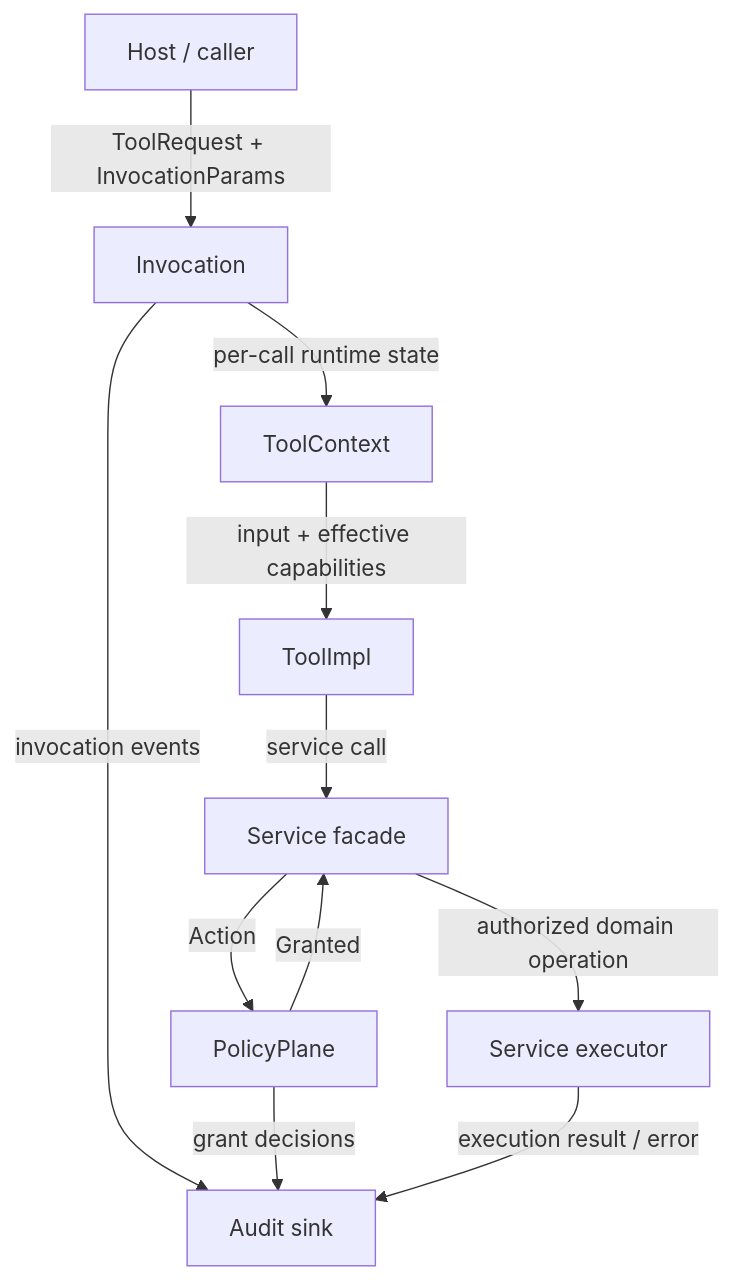
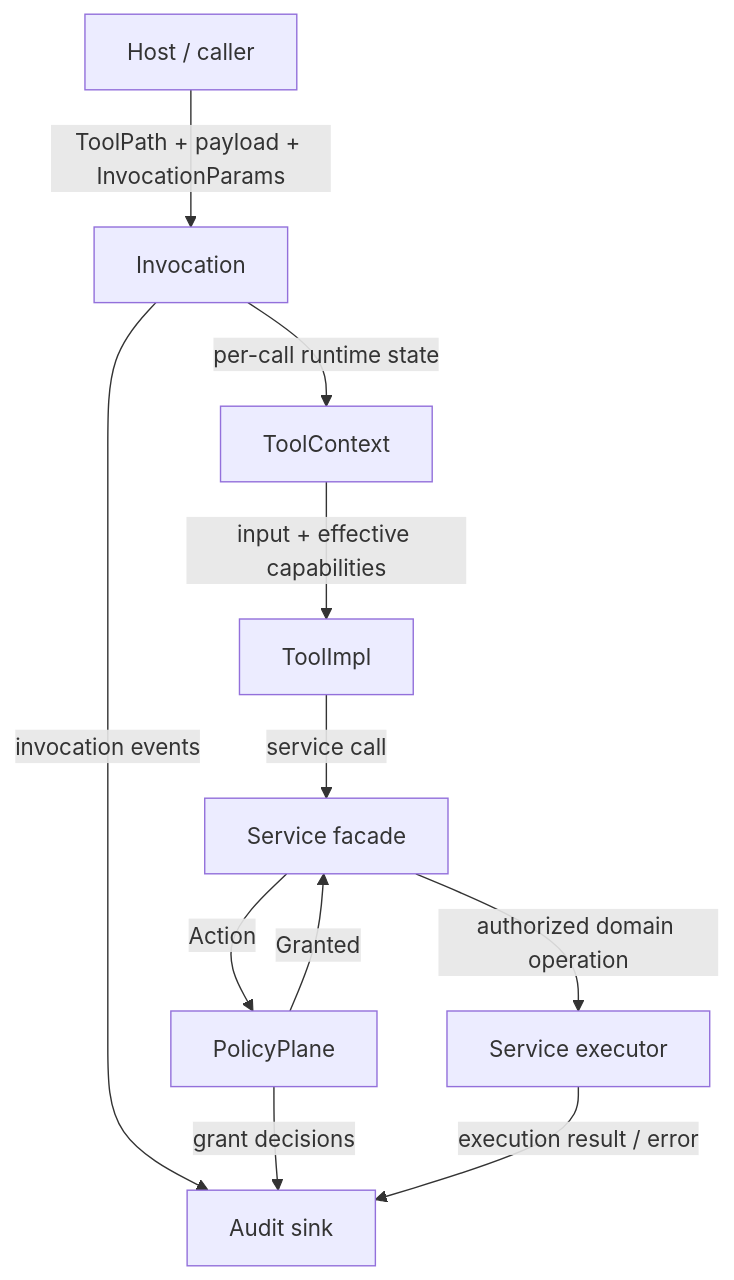
The diagram in README.md (InuDial/agent-mvp), drawn with Mermaid before and after one commit. The commit also changed other lines of this file and 15 other files, not shown here.

Commit message:
Discard ToolRequest

````diff
--- a/README.md
+++ b/README.md
@@ -31,13 +31,13 @@
 ```mermaid
 flowchart TD
-    Host[Host / caller] -->|ToolRequest + InvocationParams| Invocation[Invocation]
+    Host[Host / caller] -->|ToolPath + payload + InvocationParams| Invocation[Invocation]
     Invocation -->|per-call runtime state| Context[ToolContext]
     Context -->|input + effective capabilities| Tool[ToolImpl]
     Tool -->|service call| Service[Service facade]
     Service -->|Action| Policy[PolicyPlane]
     Policy -->|Granted<Action>| Service
     Service -->|authorized domain operation| Executor[Service executor]
     Invocation -->|invocation events| Audit[Audit sink]
     Policy -->|grant decisions| Audit
     Executor -->|execution result / error| Audit
 ```
````
